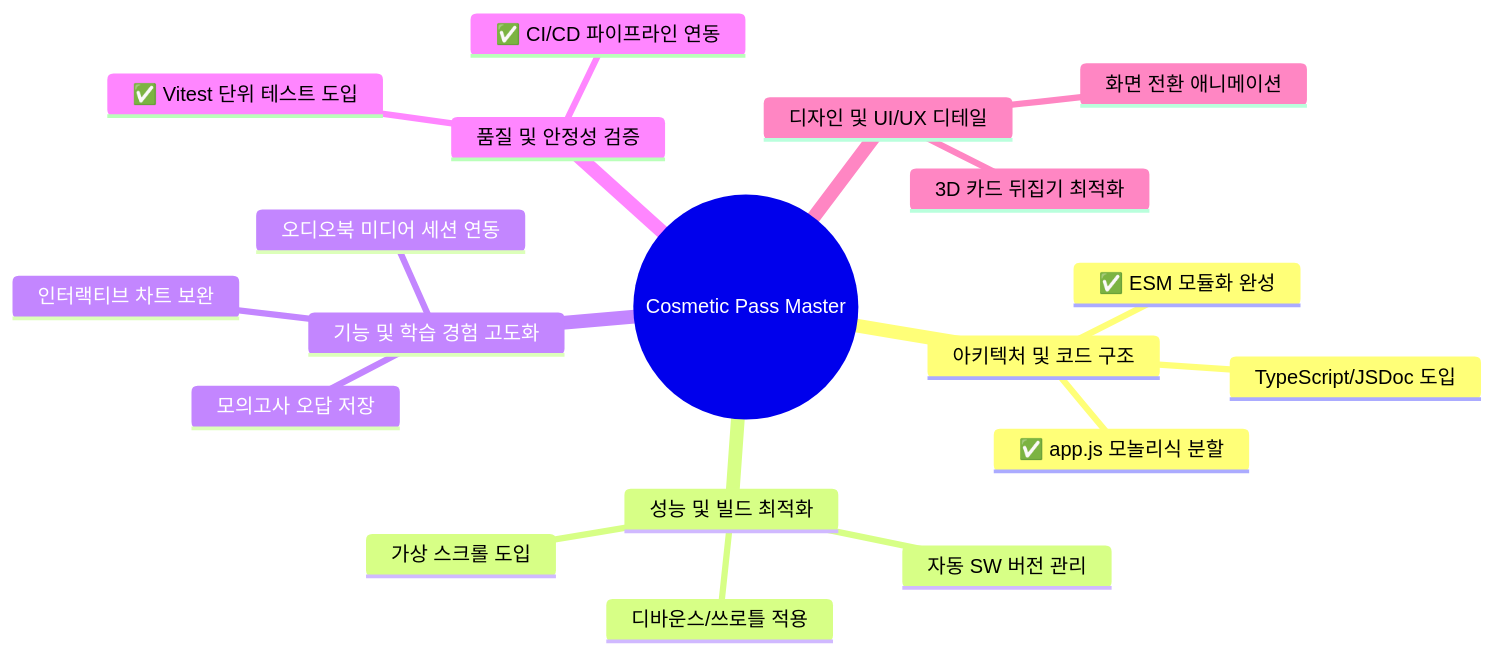
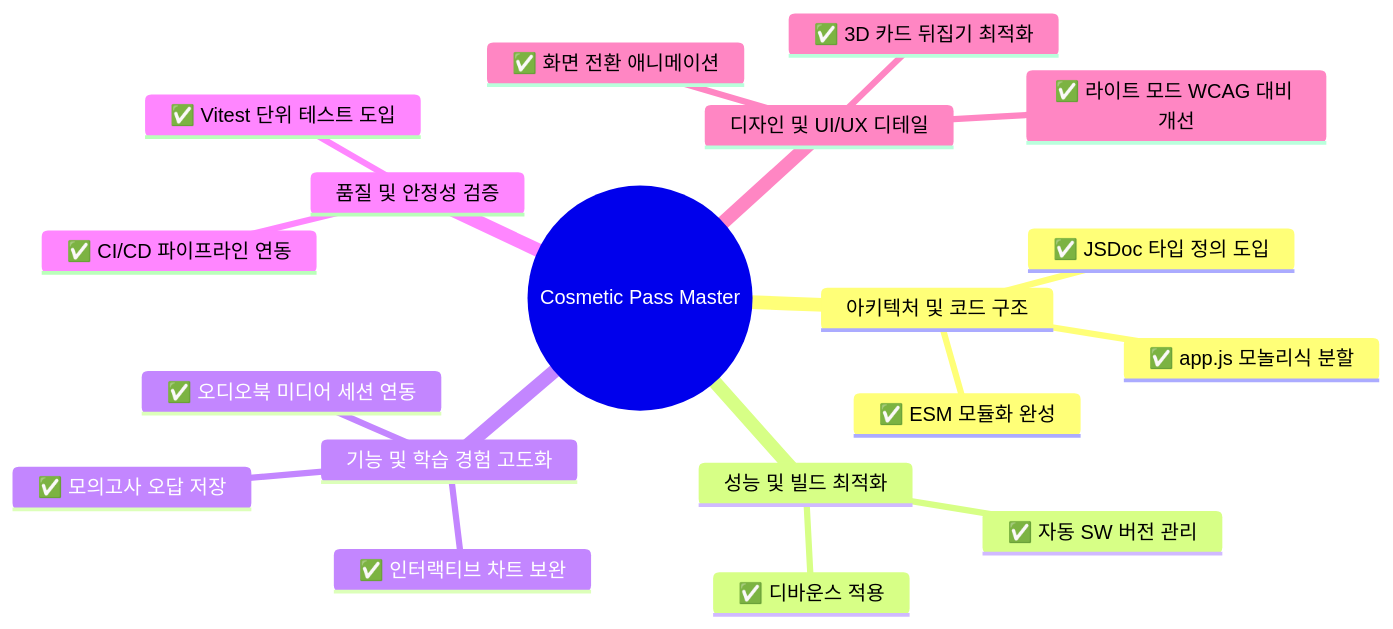
Before and after one commit to skygoldlee-cyber/Personalized_Skincare: the diagram in improvements_report.md, drawn with Mermaid. The commit also changed other lines of this file, not shown here.

````diff
--- a/improvements_report.md
+++ b/improvements_report.md
@@ -13,22 +13,22 @@
 ```mermaid
 mindmap
   root((Cosmetic Pass Master))
     아키텍처 및 코드 구조
       ✅ app.js 모놀리식 분할
       ✅ ESM 모듈화 완성
-      TypeScript/JSDoc 도입
+      ✅ JSDoc 타입 정의 도입
     성능 및 빌드 최적화
-      가상 스크롤 도입
-      디바운스/쓰로틀 적용
-      자동 SW 버전 관리
+      ✅ 디바운스 적용
+      ✅ 자동 SW 버전 관리
     기능 및 학습 경험 고도화
-      모의고사 오답 저장
-      오디오북 미디어 세션 연동
-      인터랙티브 차트 보완
+      ✅ 모의고사 오답 저장
+      ✅ 오디오북 미디어 세션 연동
+      ✅ 인터랙티브 차트 보완
     품질 및 안정성 검증
       ✅ Vitest 단위 테스트 도입
       ✅ CI/CD 파이프라인 연동
     디자인 및 UI/UX 디테일
-      화면 전환 애니메이션
-      3D 카드 뒤집기 최적화
+      ✅ 화면 전환 애니메이션
+      ✅ 3D 카드 뒤집기 최적화
+      ✅ 라이트 모드 WCAG 대비 개선
 ```
````
